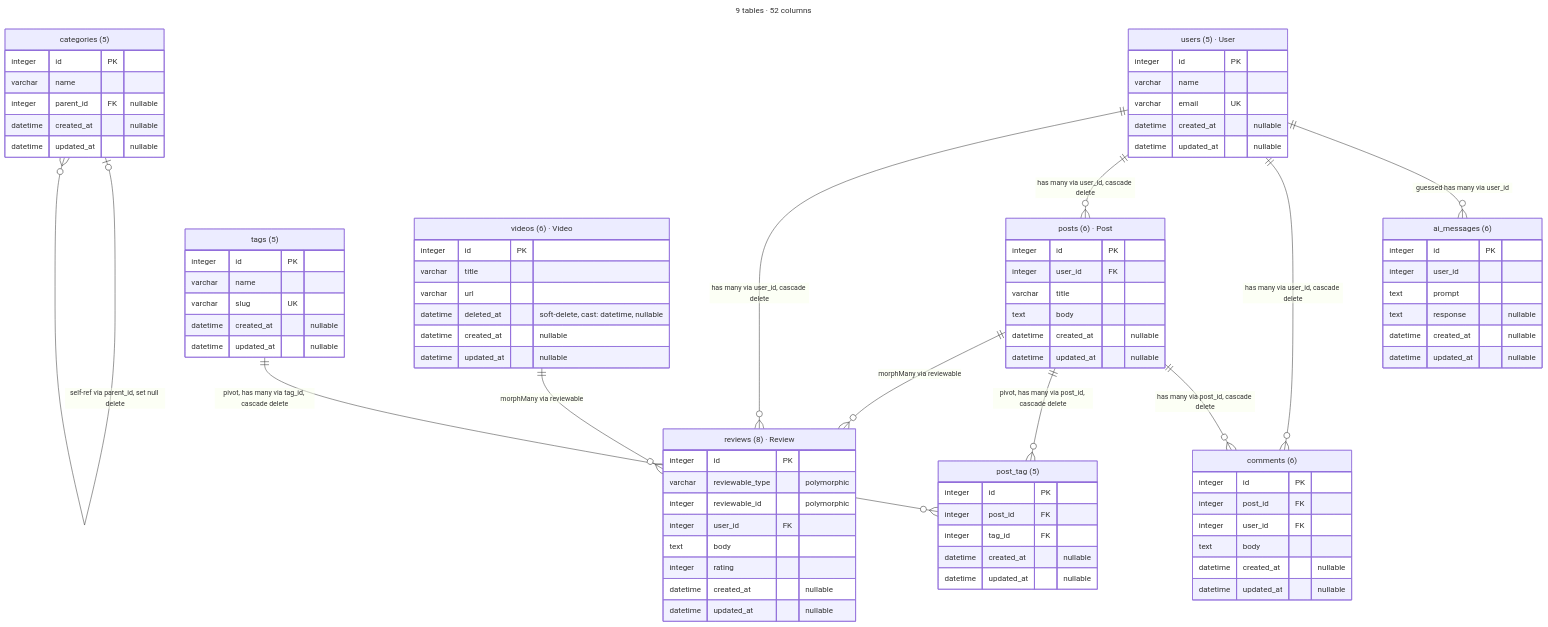
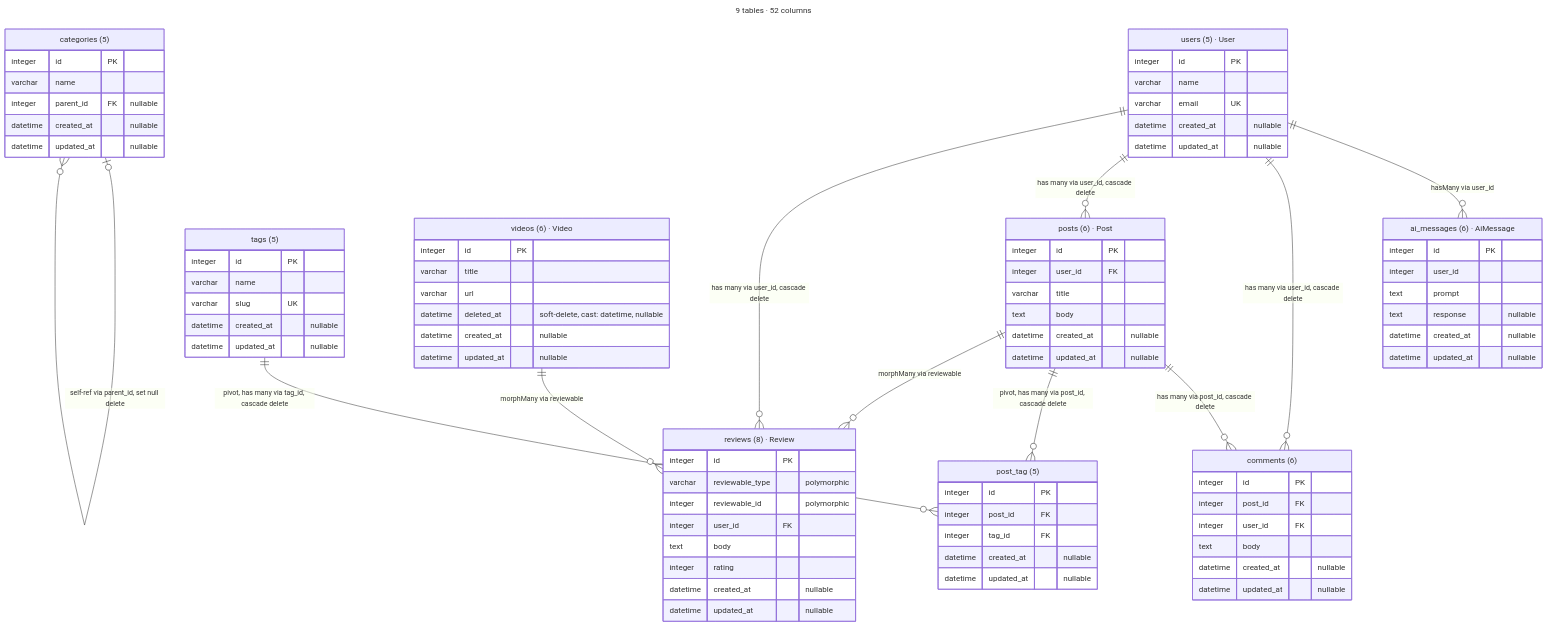
One commit to bambamboole/laravel-mermaid-erd changed the diagram in README.md. Above: the diagram before and after it, drawn with Mermaid. The commit also changed other lines of this file and 11 other files, not shown here.

First line of the commit message:
feat: discover hasMany/hasOne/belongsTo relations from models

```diff
--- a/README.md
+++ b/README.md
@@ -17,7 +17,7 @@
 title: 9 tables · 52 columns
 ---
 erDiagram
-    ai_messages["ai_messages (6)"] {
+    ai_messages["ai_messages (6) · AiMessage"] {
         integer id PK
         integer user_id
         text prompt
@@ -87,7 +87,7 @@
         datetime created_at "nullable"
         datetime updated_at "nullable"
     }
-    users ||--o{ ai_messages : "guessed has many via user_id"
+    users ||--o{ ai_messages : "hasMany via user_id"
     categories |o--o{ categories : "self-ref via parent_id, set null delete"
     users ||--o{ comments : "has many via user_id, cascade delete"
     posts ||--o{ comments : "has many via post_id, cascade delete"
```
